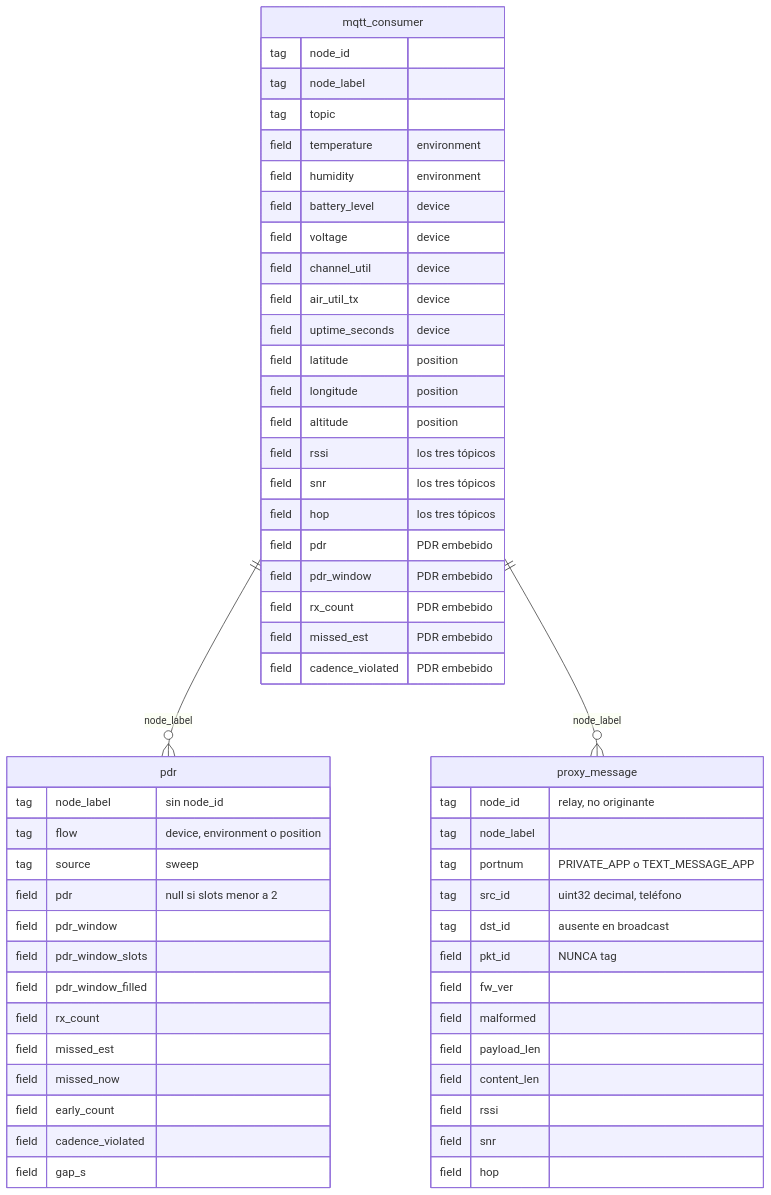
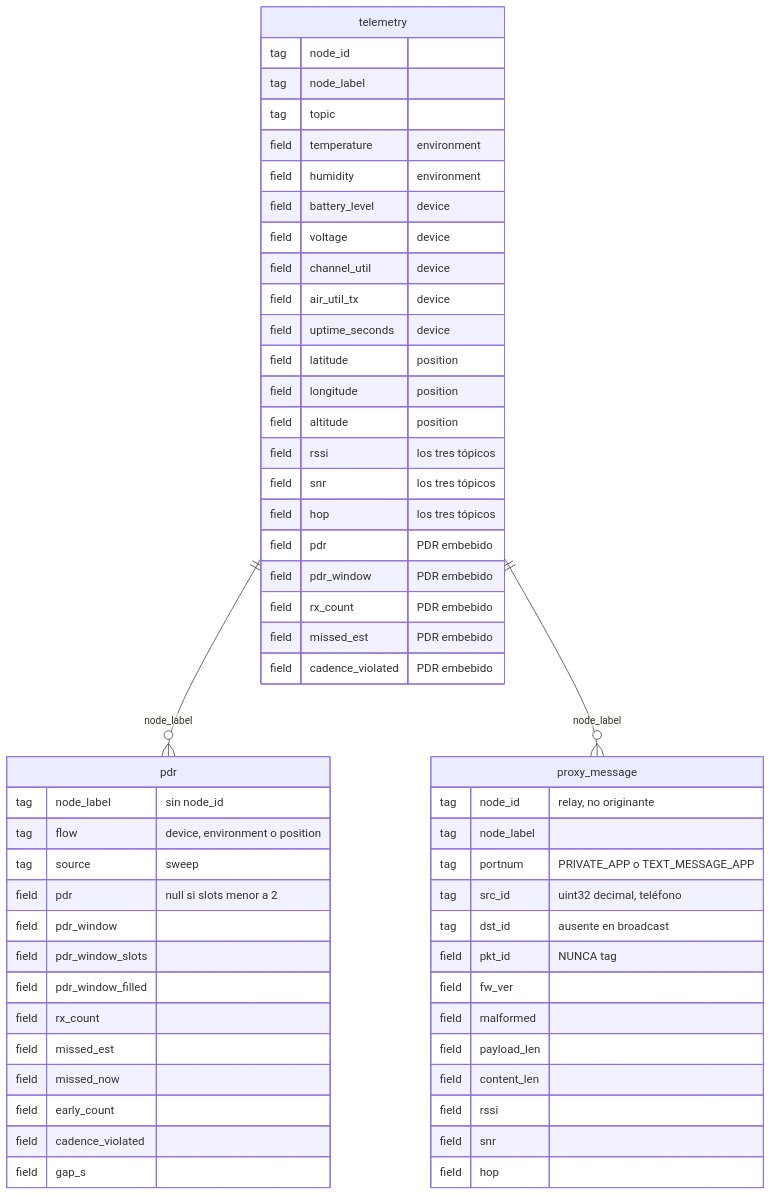
Before and after one commit to OF306PUC/meshtastic-testbed-platform: the second of 2 diagrams in docs/diagrams/database-ingestion-schema.md, drawn with Mermaid. The commit also changed other lines of this file and 8 other files, not shown here.

````diff
--- a/docs/diagrams/database-ingestion-schema.md
+++ b/docs/diagrams/database-ingestion-schema.md
@@ -87,61 +87,61 @@
 ```mermaid
 erDiagram
-    mqtt_consumer ||--o{ pdr : "node_label"
-    mqtt_consumer ||--o{ proxy_message : "node_label"
+    telemetry ||--o{ pdr : "node_label"
+    telemetry ||--o{ proxy_message : "node_label"
 
-    mqtt_consumer {
+    telemetry {
         tag node_id
         tag node_label
         tag topic
         field temperature "environment"
         field humidity "environment"
         field battery_level "device"
         field voltage "device"
         field channel_util "device"
         field air_util_tx "device"
         field uptime_seconds "device"
         field latitude "position"
         field longitude "position"
         field altitude "position"
         field rssi "los tres tópicos"
         field snr "los tres tópicos"
         field hop "los tres tópicos"
         field pdr "PDR embebido"
         field pdr_window "PDR embebido"
         field rx_count "PDR embebido"
         field missed_est "PDR embebido"
         field cadence_violated "PDR embebido"
     }
 
     proxy_message {
         tag node_id "relay, no originante"
         tag node_label
         tag portnum "PRIVATE_APP o TEXT_MESSAGE_APP"
         tag src_id "uint32 decimal, teléfono"
         tag dst_id "ausente en broadcast"
         field pkt_id "NUNCA tag"
         field fw_ver
         field malformed
         field payload_len
         field content_len
         field rssi
         field snr
         field hop
     }
 
     pdr {
         tag node_label "sin node_id"
         tag flow "device, environment o position"
         tag source "sweep"
         field pdr "null si slots menor a 2"
         field pdr_window
         field pdr_window_slots
         field pdr_window_filled
         field rx_count
         field missed_est
         field missed_now
         field early_count
         field cadence_violated
         field gap_s
     }
 ```
````
